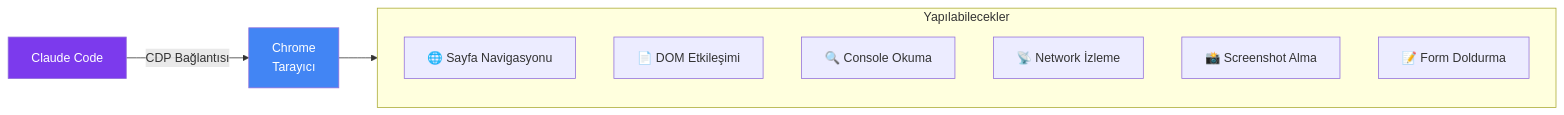
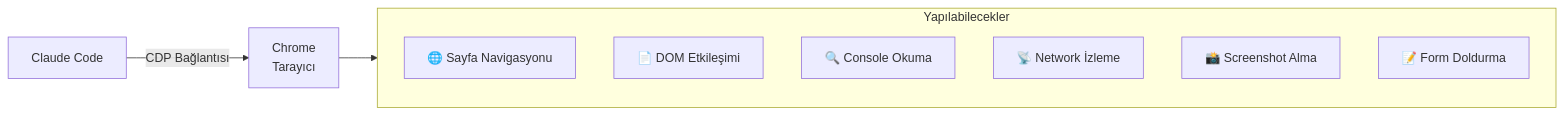
One commit to IzzetYasinAtes/ClaudeCodeHandbook changed the first of 4 diagrams in 15-entegrasyonlar/05-chrome-entegrasyonu.md. Above: the diagram before and after it, drawn with Mermaid. The commit also changed other lines of this file and 97 other files, not shown here.

Commit message:
Remove all custom Mermaid style/fill colors from 98 markdown files for consistent dark theme rendering

````diff
--- a/15-entegrasyonlar/05-chrome-entegrasyonu.md
+++ b/15-entegrasyonlar/05-chrome-entegrasyonu.md
@@ -25,19 +25,17 @@
 ```mermaid
 flowchart LR
     CC["Claude Code"] -->|CDP Bağlantısı| CHROME["Chrome<br/>Tarayıcı"]
     
     subgraph ops ["Yapılabilecekler"]
         direction TB
         NAV["🌐 Sayfa Navigasyonu"]
         DOM["📄 DOM Etkileşimi"]
         CON["🔍 Console Okuma"]
         NET["📡 Network İzleme"]
         SCR["📸 Screenshot Alma"]
         FORM["📝 Form Doldurma"]
     end
 
     CHROME --> ops
 
-    style CC fill:#7C3AED,color:#fff
-    style CHROME fill:#4285F4,color:#fff
 ```
````
